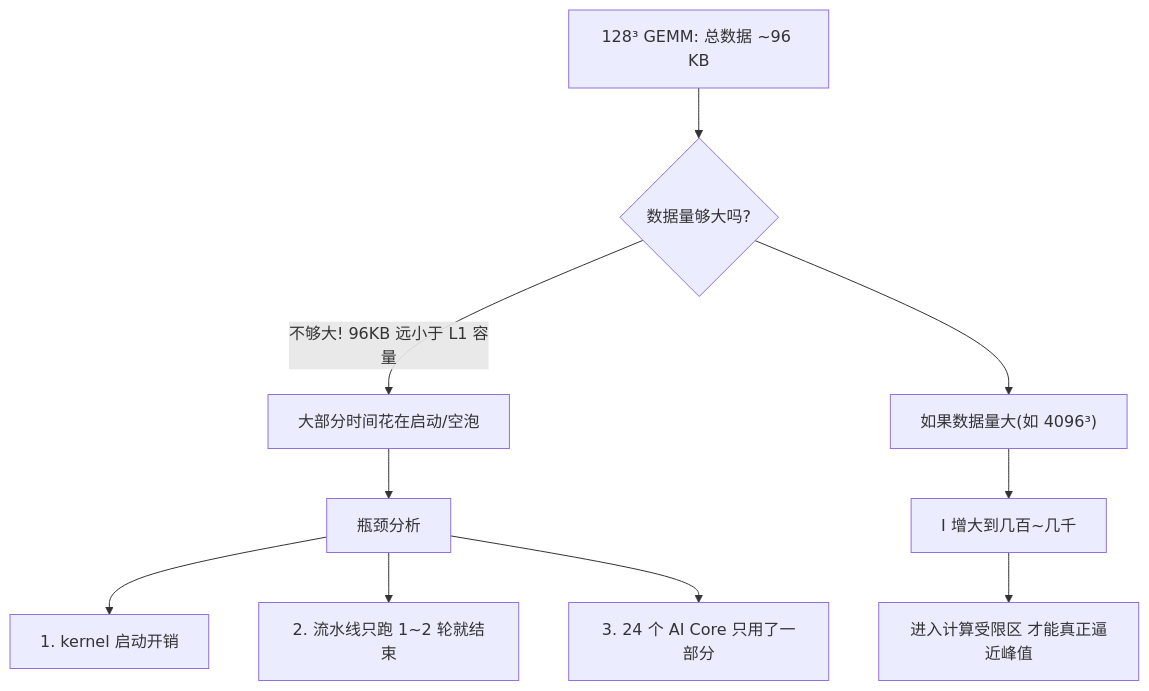
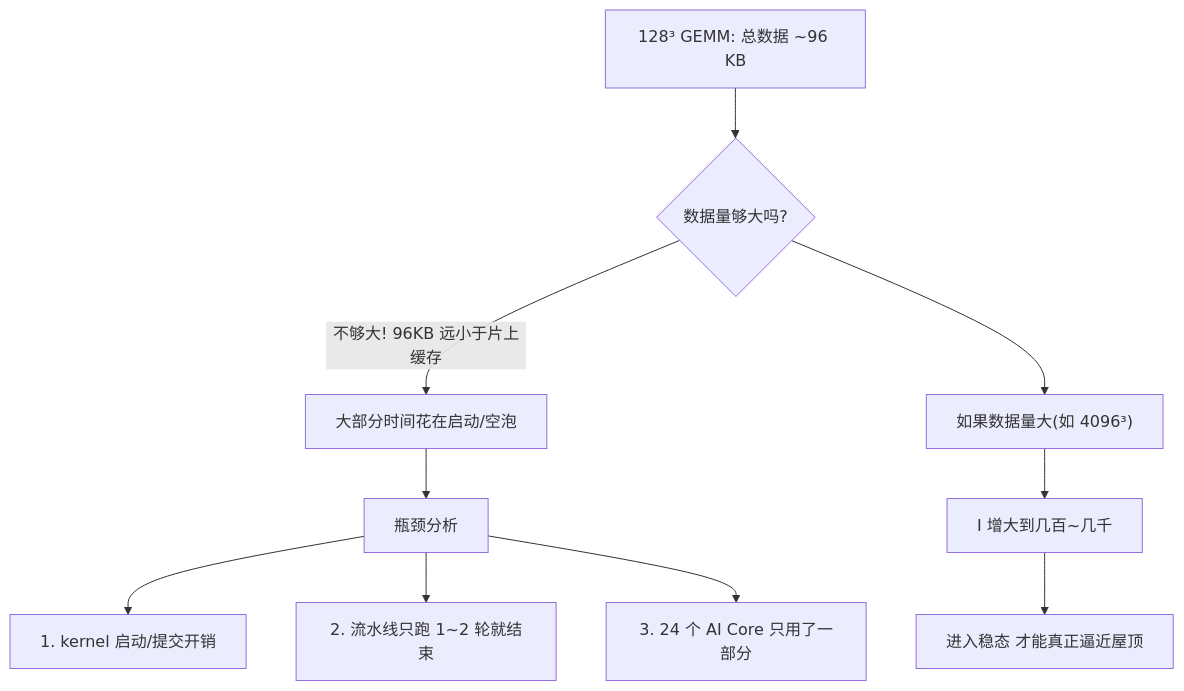
Before and after one commit to SuccinctPaul/Ascend-Notes: the diagram in docs/pages/perf/06-roofline-case-study.md, drawn with Mermaid. The commit also changed other lines of this file and 39 other files, not shown here.

````diff
--- a/docs/pages/perf/06-roofline-case-study.md
+++ b/docs/pages/perf/06-roofline-case-study.md
@@ -125,14 +121,14 @@
 ```mermaid
 flowchart TD
     A["128³ GEMM: 总数据 ~96 KB"] --> B{"数据量够大吗?"}
-    B -- "不够大! 96KB 远小于 L1 容量" --> C["大部分时间花在启动/空泡"]
+    B -- "不够大! 96KB 远小于片上缓存" --> C["大部分时间花在启动/空泡"]
     B --> D["如果数据量大(如 4096³)"]
 
     C --> E["瓶颈分析"]
-    E --> F["1. kernel 启动开销"]
+    E --> F["1. kernel 启动/提交开销"]
     E --> G["2. 流水线只跑 1~2 轮就结束"]
     E --> H["3. 24 个 AI Core 只用了一部分"]
 
     D --> I["I 增大到几百~几千"]
-    I --> J["进入计算受限区 才能真正逼近峰值"]
+    I --> J["进入稳态 才能真正逼近屋顶"]
 ```
````
